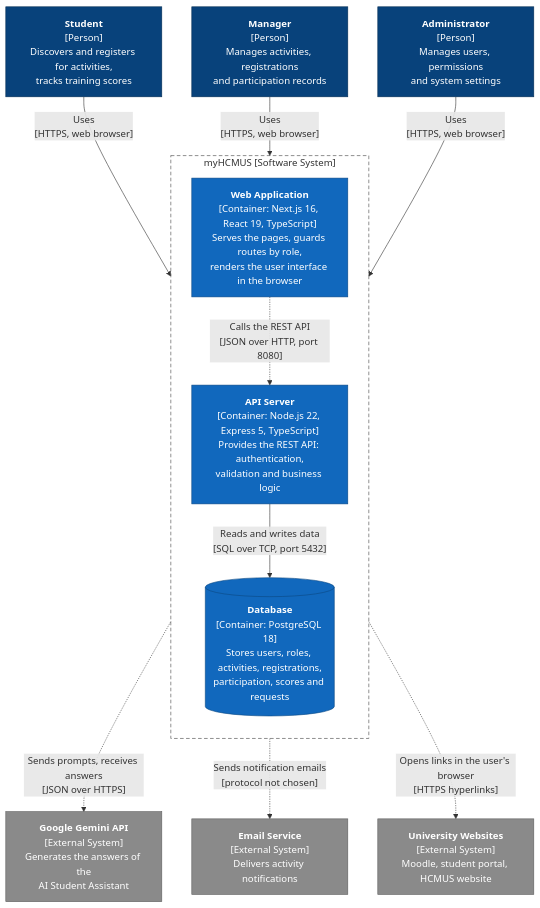
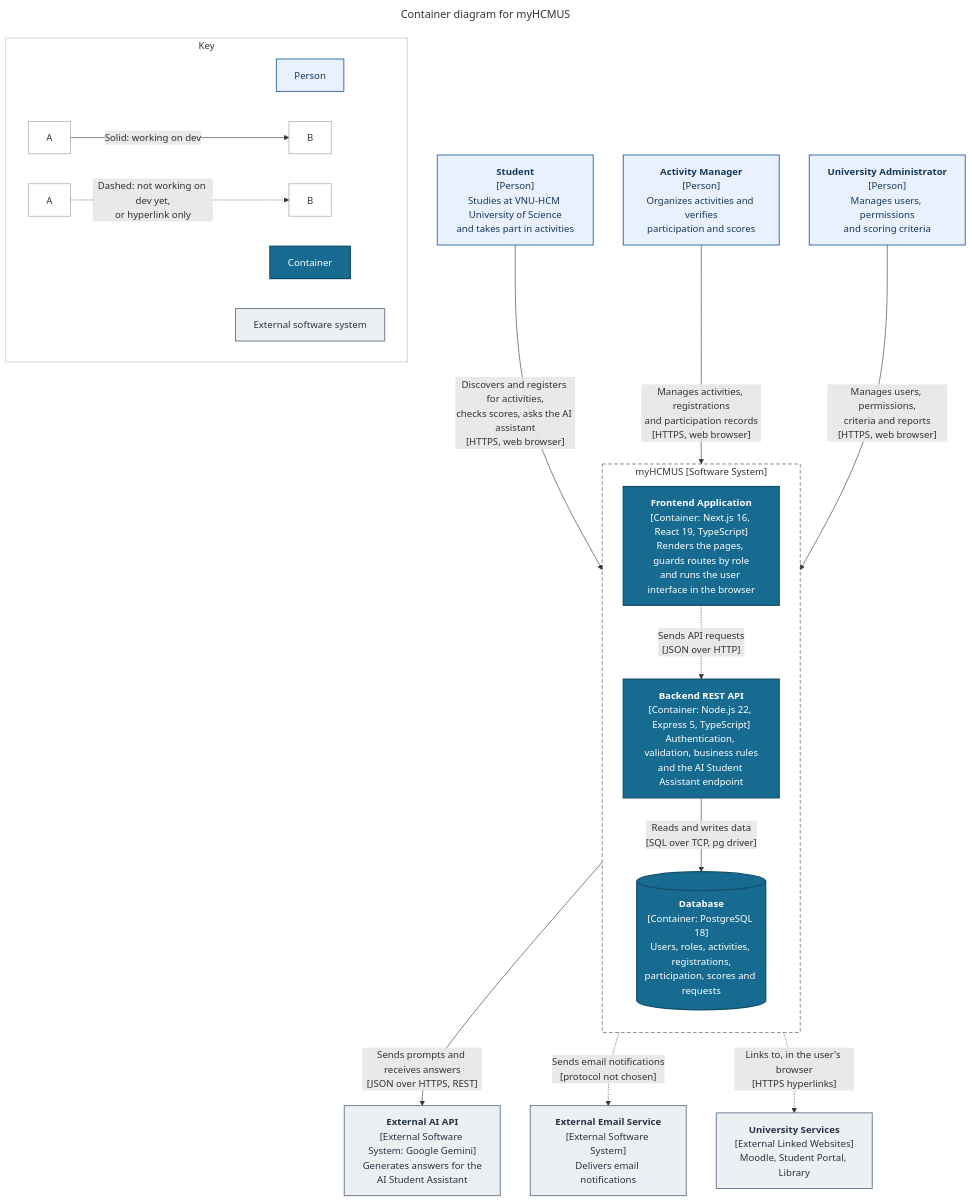
One commit to APCSk24-CS300/cs300-project changed the diagram in docs/analysis-and-design/architecture/container-diagram.md. Above: the diagram before and after it, drawn with Mermaid. The commit also changed other lines of this file, not shown here.

Commit message:
update: Align container diagram with system context diagram

````diff
--- a/docs/analysis-and-design/architecture/container-diagram.md
+++ b/docs/analysis-and-design/architecture/container-diagram.md
@@ -19,36 +19,50 @@
 ```mermaid
+---
+title: Container diagram for myHCMUS
+---
 flowchart TB
-    student["<b>Student</b><br/>[Person]<br/>Discovers and registers for activities,<br/>tracks training scores"]
-    manager["<b>Manager</b><br/>[Person]<br/>Manages activities, registrations<br/>and participation records"]
-    admin["<b>Administrator</b><br/>[Person]<br/>Manages users, permissions<br/>and system settings"]
+    student["<b>Student</b><br/>[Person]<br/>Studies at VNU-HCM University of Science<br/>and takes part in activities"]
+    manager["<b>Activity Manager</b><br/>[Person]<br/>Organizes activities and verifies<br/>participation and scores"]
+    admin["<b>University Administrator</b><br/>[Person]<br/>Manages users, permissions<br/>and scoring criteria"]
 
     subgraph myhcmus["myHCMUS [Software System]"]
         direction TB
-        web["<b>Web Application</b><br/>[Container: Next.js 16, React 19, TypeScript]<br/>Serves the pages, guards routes by role,<br/>renders the user interface in the browser"]
-        api["<b>API Server</b><br/>[Container: Node.js 22, Express 5, TypeScript]<br/>Provides the REST API: authentication,<br/>validation and business logic"]
-        db[("<b>Database</b><br/>[Container: PostgreSQL 18]<br/>Stores users, roles, activities, registrations,<br/>participation, scores and requests")]
+        web["<b>Frontend Application</b><br/>[Container: Next.js 16, React 19, TypeScript]<br/>Renders the pages, guards routes by role<br/>and runs the user interface in the browser"]
+        api["<b>Backend REST API</b><br/>[Container: Node.js 22, Express 5, TypeScript]<br/>Authentication, validation, business rules<br/>and the AI Student Assistant endpoint"]
+        db[("<b>Database</b><br/>[Container: PostgreSQL 18]<br/>Users, roles, activities, registrations,<br/>participation, scores and requests")]
     end
 
-    gemini["<b>Google Gemini API</b><br/>[External System]<br/>Generates the answers of the<br/>AI Student Assistant"]
-    email["<b>Email Service</b><br/>[External System]<br/>Delivers activity notifications"]
-    uni["<b>University Websites</b><br/>[External System]<br/>Moodle, student portal, HCMUS website"]
+    ai["<b>External AI API</b><br/>[External Software System: Google Gemini]<br/>Generates answers for the<br/>AI Student Assistant"]
+    email["<b>External Email Service</b><br/>[External Software System]<br/>Delivers email notifications"]
+    uni["<b>University Services</b><br/>[External Linked Websites]<br/>Moodle, Student Portal, Library"]
 
-    student -->|"Uses<br/>[HTTPS, web browser]"| web
-    manager -->|"Uses<br/>[HTTPS, web browser]"| web
-    admin -->|"Uses<br/>[HTTPS, web browser]"| web
+    student -->|"Discovers and registers for activities,<br/>checks scores, asks the AI assistant<br/>[HTTPS, web browser]"| web
+    manager -->|"Manages activities, registrations<br/>and participation records<br/>[HTTPS, web browser]"| web
+    admin -->|"Manages users, permissions,<br/>criteria and reports<br/>[HTTPS, web browser]"| web
 
-    web -.->|"Calls the REST API<br/>[JSON over HTTP, port 8080]"| api
-    api -->|"Reads and writes data<br/>[SQL over TCP, port 5432]"| db
+    web -.->|"Sends API requests<br/>[JSON over HTTP]"| api
+    api -->|"Reads and writes data<br/>[SQL over TCP, pg driver]"| db
+    api -->|"Sends prompts and receives answers<br/>[JSON over HTTPS, REST]"| ai
+    api -.->|"Sends email notifications<br/>[protocol not chosen]"| email
+    web -.->|"Links to, in the user's browser<br/>[HTTPS hyperlinks]"| uni
 
-    api -.->|"Sends prompts, receives answers<br/>[JSON over HTTPS]"| gemini
-    api -.->|"Sends notification emails<br/>[protocol not chosen]"| email
-    web -.->|"Opens links in the user's browser<br/>[HTTPS hyperlinks]"| uni
+    subgraph key["Key"]
+        direction LR
+        k1["Person"]
+        k2["Container"]
+        k3["External software system"]
+        k4["A"] -->|"Solid: working on dev"| k5["B"]
+        k6["A"] -.->|"Dashed: not working on dev yet,<br/>or hyperlink only"| k7["B"]
+    end
 
-    classDef person fill:#08427b,stroke:#052e56,color:#ffffff
-    classDef container fill:#1168bd,stroke:#0b4884,color:#ffffff
-    classDef external fill:#8a8a8a,stroke:#5f5f5f,color:#ffffff
-    class student,manager,admin person
-    class web,api,db container
-    class gemini,email,uni external
+    classDef person fill:#E8F1FD,stroke:#2864A0,color:#18385B,stroke-width:1.5px
+    classDef container fill:#176B91,stroke:#104D68,color:#FFFFFF,stroke-width:2px
+    classDef external fill:#EDF0F2,stroke:#64748B,color:#263445,stroke-width:1.5px
+    classDef keybox fill:#FFFFFF,stroke:#999999,color:#333333
+    class student,manager,admin,k1 person
+    class web,api,db,k2 container
+    class ai,email,uni,k3 external
+    class k4,k5,k6,k7 keybox
     style myhcmus fill:none,stroke:#444444,stroke-dasharray: 6 4
+    style key fill:none,stroke:#BBBBBB
 ```
````
